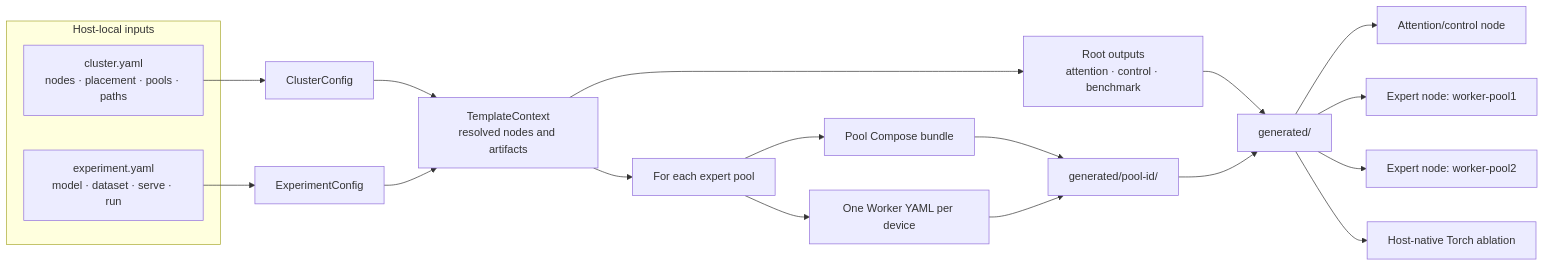
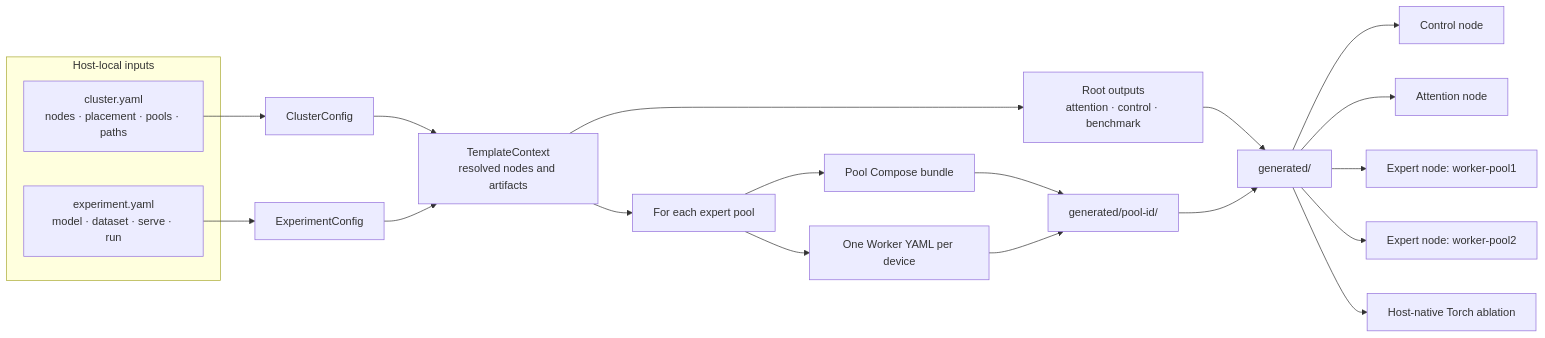
The diagram in dev/ascend/README.md (EthanO-O/expert-kit), drawn with Mermaid before and after one commit. The commit also changed other lines of this file and 12 other files, not shown here.

First line of the commit message:
chore: split attention and control

````diff
--- a/dev/ascend/README.md
+++ b/dev/ascend/README.md
@@ -154,27 +157,28 @@
 ```mermaid
 flowchart LR
     subgraph inputs["Host-local inputs"]
         cluster["cluster.yaml<br/>nodes · placement · pools · paths"]
         experiment["experiment.yaml<br/>model · dataset · serve · run"]
     end
 
     cluster --> cluster_model["ClusterConfig"]
     experiment --> experiment_model["ExperimentConfig"]
     cluster_model --> context["TemplateContext<br/>resolved nodes and artifacts"]
     experiment_model --> context
 
     context --> root["Root outputs<br/>attention · control · benchmark"]
     context --> expand["For each expert pool"]
     expand --> pool_compose["Pool Compose bundle"]
     expand --> workers["One Worker YAML per device"]
 
     root --> generated["generated/"]
     pool_compose --> pool_dir["generated/pool-id/"]
     workers --> pool_dir
     pool_dir --> generated
 
-    generated --> attention_host["Attention/control node"]
+    generated --> control_host["Control node"]
+    generated --> attention_host["Attention node"]
     generated --> expert_a["Expert node: worker-pool1"]
     generated --> expert_b["Expert node: worker-pool2"]
     generated --> torch["Host-native Torch ablation"]
 ```
````
